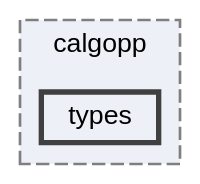
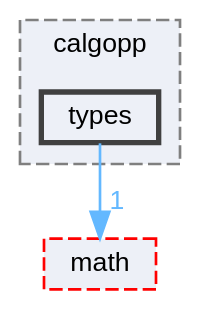
Before and after one commit to pawelekg95/algopp: the diagram in dir_95524db1f36e9636e61d99da91a74b9c_dep.dot, drawn with Graphviz. The commit also changed 136 other files, not shown here.

```diff
--- a/dir_95524db1f36e9636e61d99da91a74b9c_dep.dot
+++ b/dir_95524db1f36e9636e61d99da91a74b9c_dep.dot
@@ -1,12 +1,14 @@
 digraph "lib/types/include/calgopp/types"
 {
  // LATEX_PDF_SIZE
   bgcolor="transparent";
   edge [fontname=Helvetica,fontsize=10,labelfontname=Helvetica,labelfontsize=10];
   node [fontname=Helvetica,fontsize=10,shape=box,height=0.2,width=0.4];
   compound=true
   subgraph clusterdir_cf277c2d25ca4bf20c5e5c22db337edc {
     graph [ bgcolor="#edf0f7", pencolor="grey50", label="calgopp", fontname=Helvetica,fontsize=10 style="filled,dashed", URL="dir_cf277c2d25ca4bf20c5e5c22db337edc.html",tooltip=""]
   dir_95524db1f36e9636e61d99da91a74b9c [label="types", fillcolor="#edf0f7", color="grey25", style="filled,bold", URL="dir_95524db1f36e9636e61d99da91a74b9c.html",tooltip=""];
   }
+  dir_a36354df93aef5eec904487b77fa4fab [label="math", fillcolor="#edf0f7", color="red", style="filled,dashed", URL="dir_a36354df93aef5eec904487b77fa4fab.html",tooltip=""];
+  dir_95524db1f36e9636e61d99da91a74b9c->dir_a36354df93aef5eec904487b77fa4fab [headlabel="1", labeldistance=1.5 headhref="dir_000017_000011.html" color="steelblue1" fontcolor="steelblue1"];
 }
```
